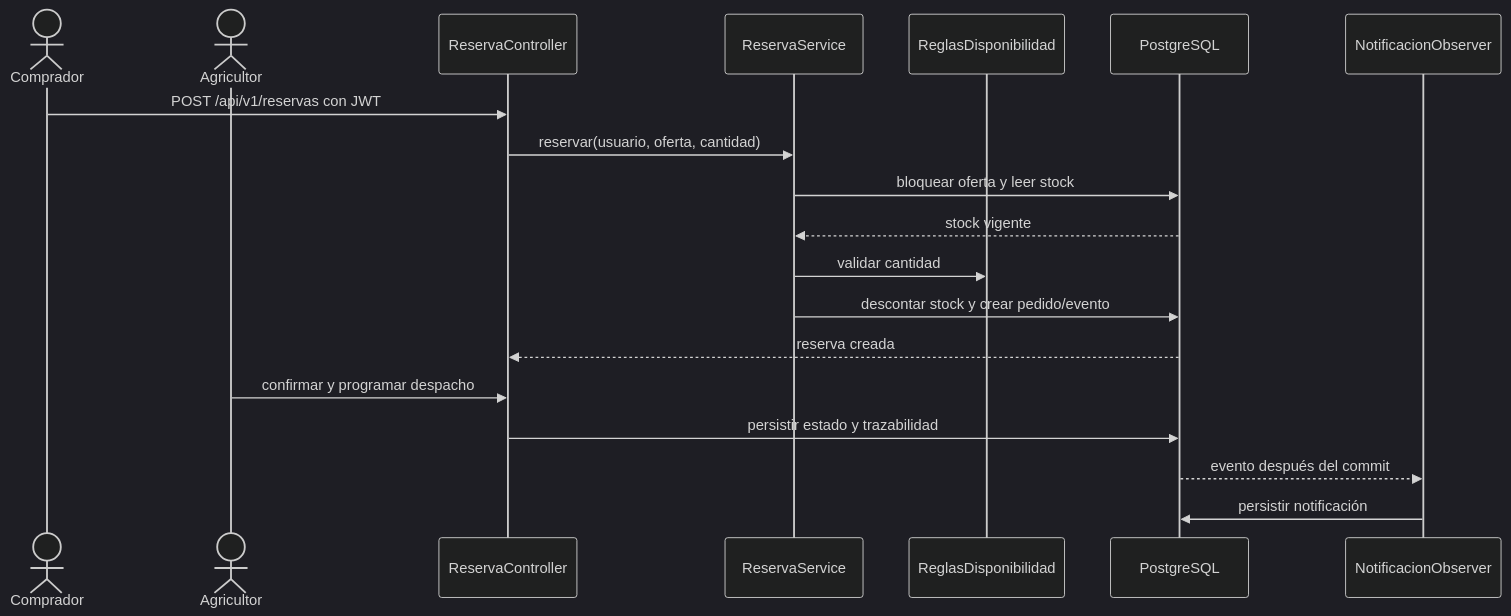
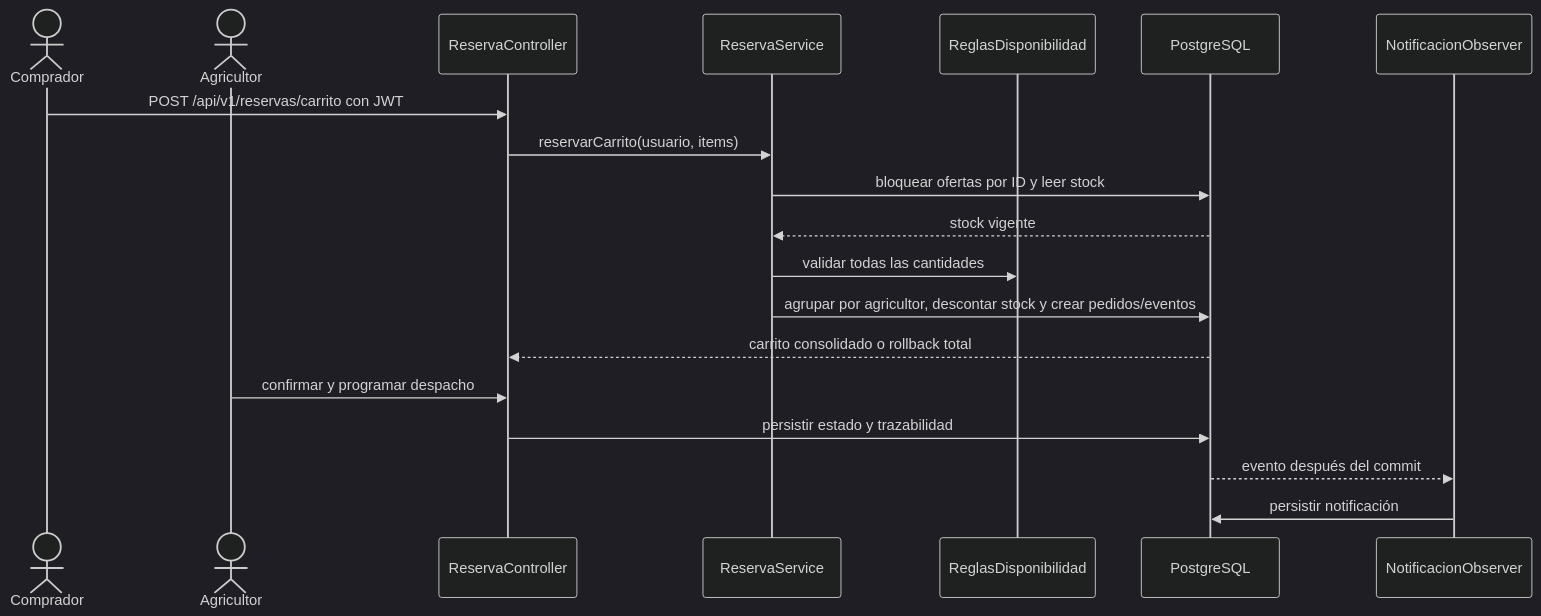
The seventh of 8 diagrams in docs/uml/README.md (santixit/agrovalle-connect), drawn with Mermaid (dark theme) before and after one commit. The commit also changed 11 other files, not shown here.

````diff
--- a/docs/uml/README.md
+++ b/docs/uml/README.md
@@ -245,21 +245,21 @@
 ```mermaid
 sequenceDiagram
   actor Comprador
   actor Agricultor
   participant API as ReservaController
   participant Servicio as ReservaService
   participant Regla as ReglasDisponibilidad
   participant DB as PostgreSQL
   participant Observer as NotificacionObserver
-  Comprador->>API: POST /api/v1/reservas con JWT
-  API->>Servicio: reservar(usuario, oferta, cantidad)
-  Servicio->>DB: bloquear oferta y leer stock
+  Comprador->>API: POST /api/v1/reservas/carrito con JWT
+  API->>Servicio: reservarCarrito(usuario, items)
+  Servicio->>DB: bloquear ofertas por ID y leer stock
   DB-->>Servicio: stock vigente
-  Servicio->>Regla: validar cantidad
-  Servicio->>DB: descontar stock y crear pedido/evento
-  DB-->>API: reserva creada
+  Servicio->>Regla: validar todas las cantidades
+  Servicio->>DB: agrupar por agricultor, descontar stock y crear pedidos/eventos
+  DB-->>API: carrito consolidado o rollback total
   Agricultor->>API: confirmar y programar despacho
   API->>DB: persistir estado y trazabilidad
   DB-->>Observer: evento después del commit
   Observer->>DB: persistir notificación
 ```
````
